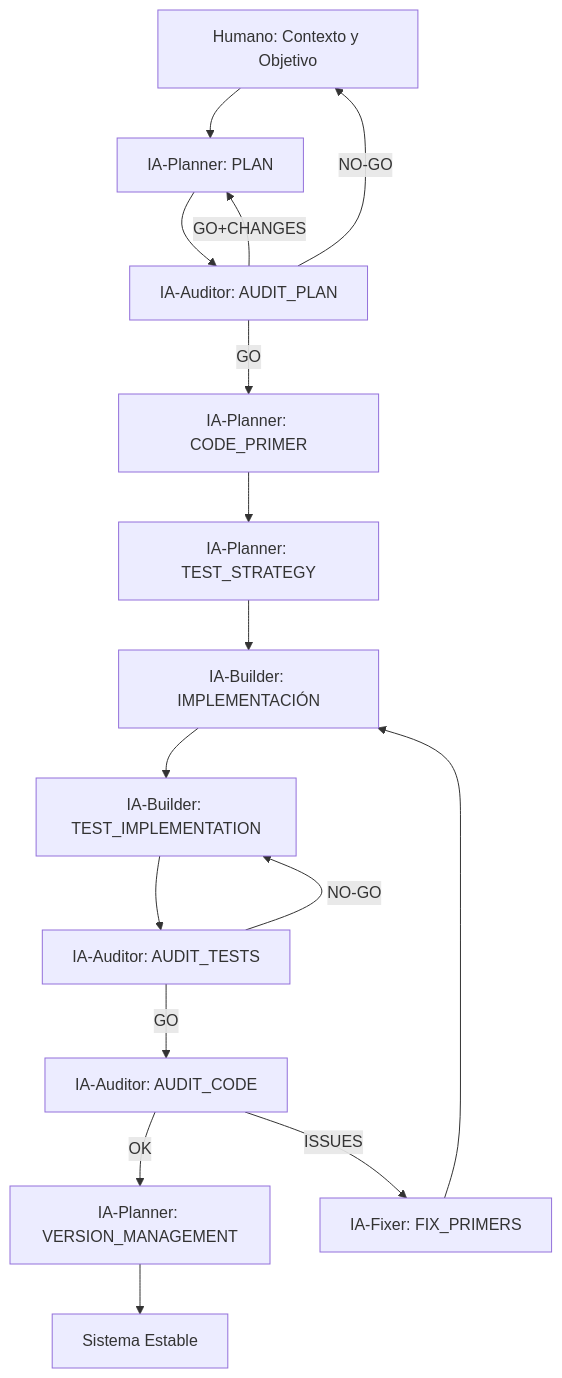
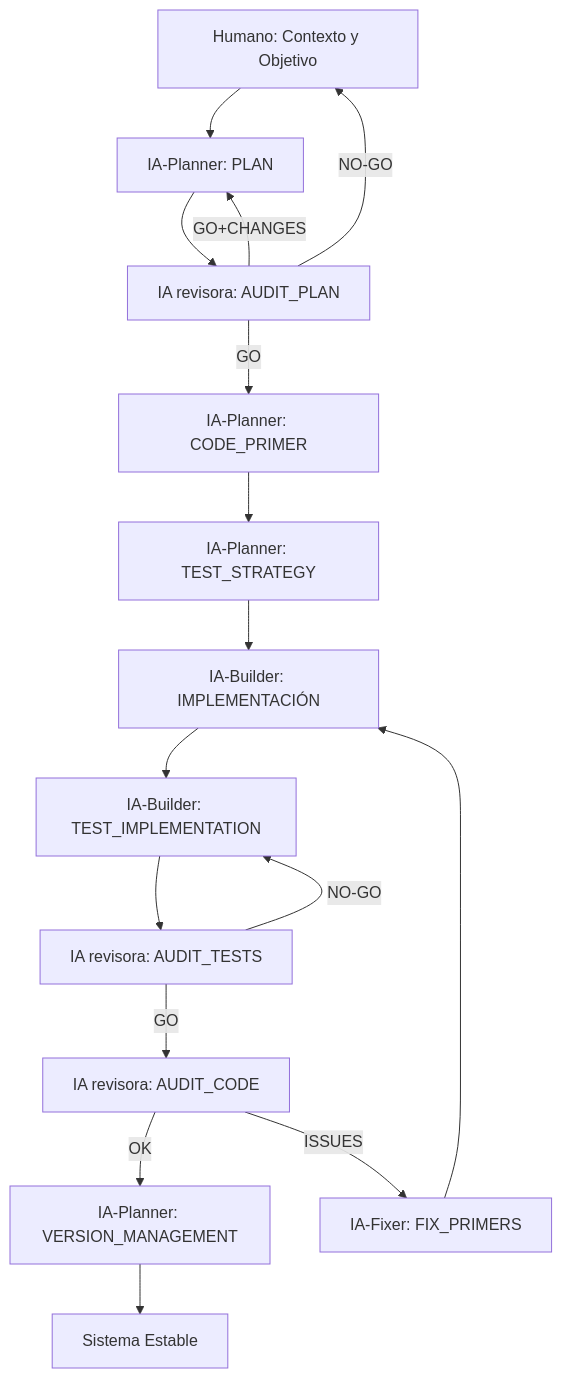
Before and after one commit to seachad/AI_CONSULTING: the first of 4 diagrams in SPAD/Documents/0 - SPAD_Metodologia_Operativa.md, drawn with Mermaid. The commit also changed other lines of this file and 509 other files, not shown here.

````diff
--- a/SPAD/Documents/0 - SPAD_Metodologia_Operativa.md
+++ b/SPAD/Documents/0 - SPAD_Metodologia_Operativa.md
@@ -413,31 +415,31 @@
 ```mermaid
 flowchart TD
     A[Humano: Contexto y Objetivo]
     B[IA‑Planner: PLAN]
-    C[IA‑Auditor: AUDIT_PLAN]
+    C[IA revisora: AUDIT_PLAN]
     D[IA‑Planner: CODE_PRIMER]
     TS[IA‑Planner: TEST_STRATEGY]
     E[IA‑Builder: IMPLEMENTACIÓN]
     TI[IA‑Builder: TEST_IMPLEMENTATION]
-    AT[IA‑Auditor: AUDIT_TESTS]
-    F[IA‑Auditor: AUDIT_CODE]
+    AT[IA revisora: AUDIT_TESTS]
+    F[IA revisora: AUDIT_CODE]
     G[IA‑Fixer: FIX_PRIMERS]
     V[IA‑Planner: VERSION_MANAGEMENT]
     H[Sistema Estable]
 
     A --> B
     B --> C
     C -->|GO| D
     C -->|GO+CHANGES| B
     C -->|NO‑GO| A
     D --> TS
     TS --> E
     E --> TI
     TI --> AT
     AT -->|GO| F
     AT -->|NO-GO| TI
     F -->|OK| V
     F -->|ISSUES| G
     G --> E
     V --> H
 ```
````
